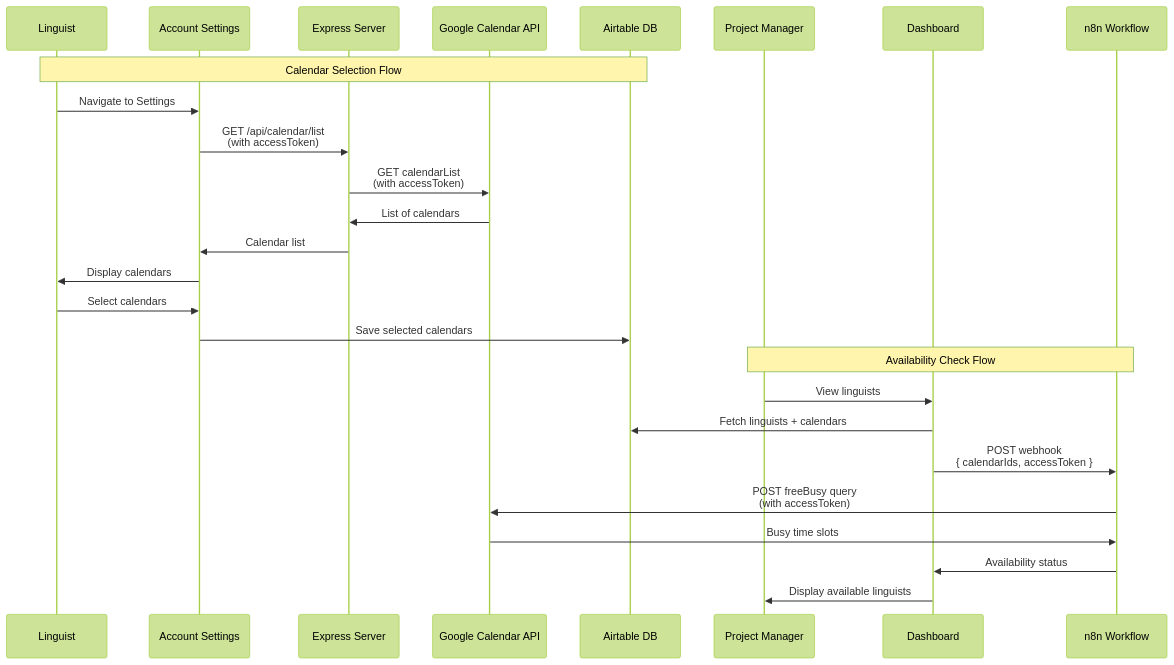
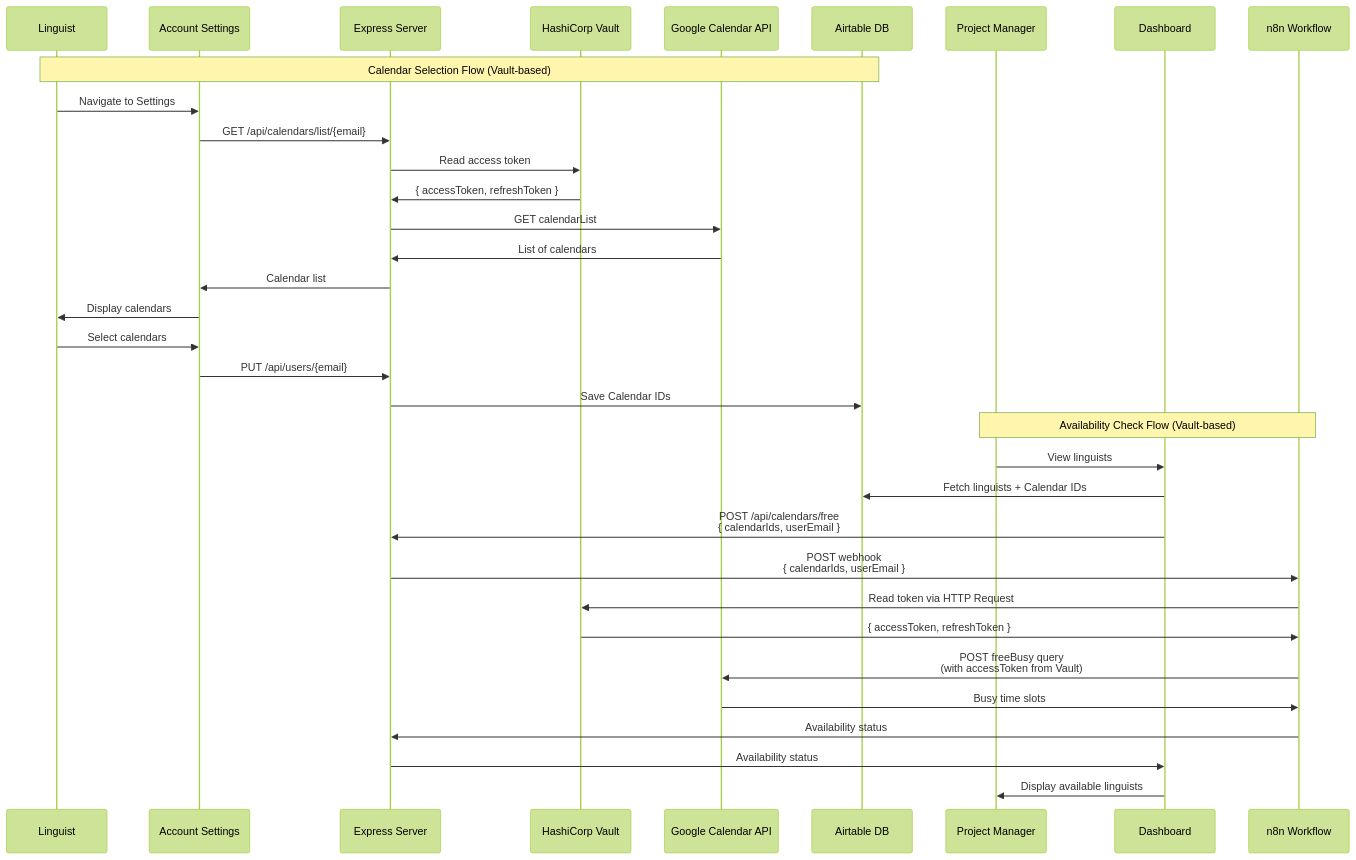
One commit to nicmart-dev/linguistnow changed the first of 2 diagrams in docs/integration-of-google-calendar-api.md. Above: the diagram before and after it, drawn with Mermaid (forest theme). The commit also changed other lines of this file and 50 other files, not shown here.

First line of the commit message:
feat(security): migrate token storage to HashiCorp Vault

````diff
--- a/docs/integration-of-google-calendar-api.md
+++ b/docs/integration-of-google-calendar-api.md
@@ -6,30 +18,38 @@
 ```mermaid
 sequenceDiagram
     participant Linguist
     participant Settings as Account Settings
     participant Server as Express Server
+    participant Vault as HashiCorp Vault
     participant Google as Google Calendar API
     participant Airtable as Airtable DB
     participant PM as Project Manager
     participant Dashboard
     participant n8n as n8n Workflow
-    
-    Note over Linguist,Airtable: Calendar Selection Flow
+
+    Note over Linguist,Airtable: Calendar Selection Flow (Vault-based)
     Linguist->>Settings: Navigate to Settings
-    Settings->>Server: GET /api/calendar/list<br/>(with accessToken)
-    Server->>Google: GET calendarList<br/>(with accessToken)
+    Settings->>Server: GET /api/calendars/list/{email}
+    Server->>Vault: Read access token
+    Vault->>Server: { accessToken, refreshToken }
+    Server->>Google: GET calendarList
     Google->>Server: List of calendars
     Server->>Settings: Calendar list
     Settings->>Linguist: Display calendars
     Linguist->>Settings: Select calendars
-    Settings->>Airtable: Save selected calendars
-    
-    Note over PM,n8n: Availability Check Flow
+    Settings->>Server: PUT /api/users/{email}
+    Server->>Airtable: Save Calendar IDs
+
+    Note over PM,n8n: Availability Check Flow (Vault-based)
     PM->>Dashboard: View linguists
-    Dashboard->>Airtable: Fetch linguists + calendars
-    Dashboard->>n8n: POST webhook<br/>{ calendarIds, accessToken }
-    n8n->>Google: POST freeBusy query<br/>(with accessToken)
+    Dashboard->>Airtable: Fetch linguists + Calendar IDs
+    Dashboard->>Server: POST /api/calendars/free<br/>{ calendarIds, userEmail }
+    Server->>n8n: POST webhook<br/>{ calendarIds, userEmail }
+    n8n->>Vault: Read token via HTTP Request
+    Vault->>n8n: { accessToken, refreshToken }
+    n8n->>Google: POST freeBusy query<br/>(with accessToken from Vault)
     Google->>n8n: Busy time slots
-    n8n->>Dashboard: Availability status
+    n8n->>Server: Availability status
+    Server->>Dashboard: Availability status
     Dashboard->>PM: Display available linguists
 ```
````
